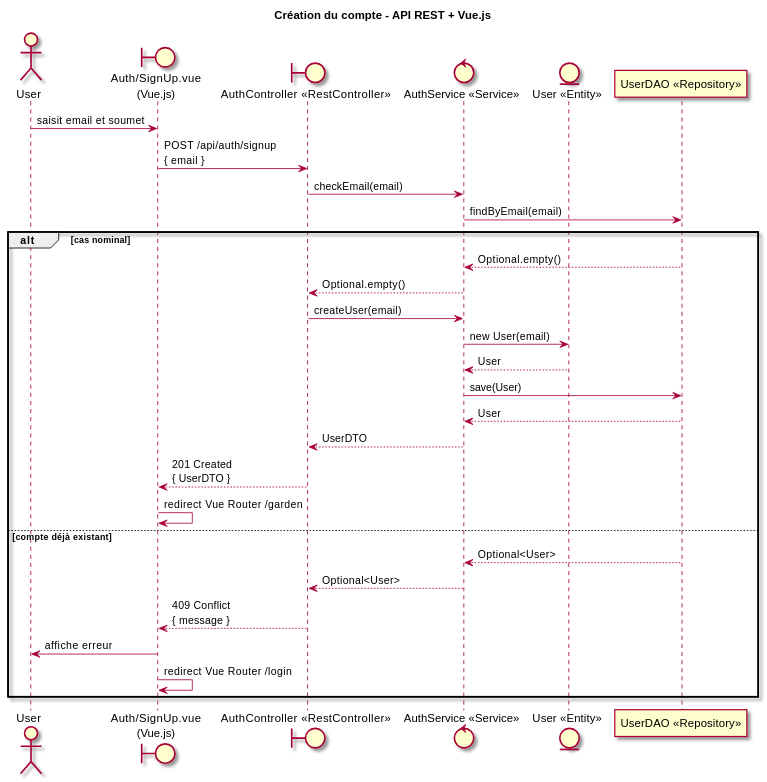
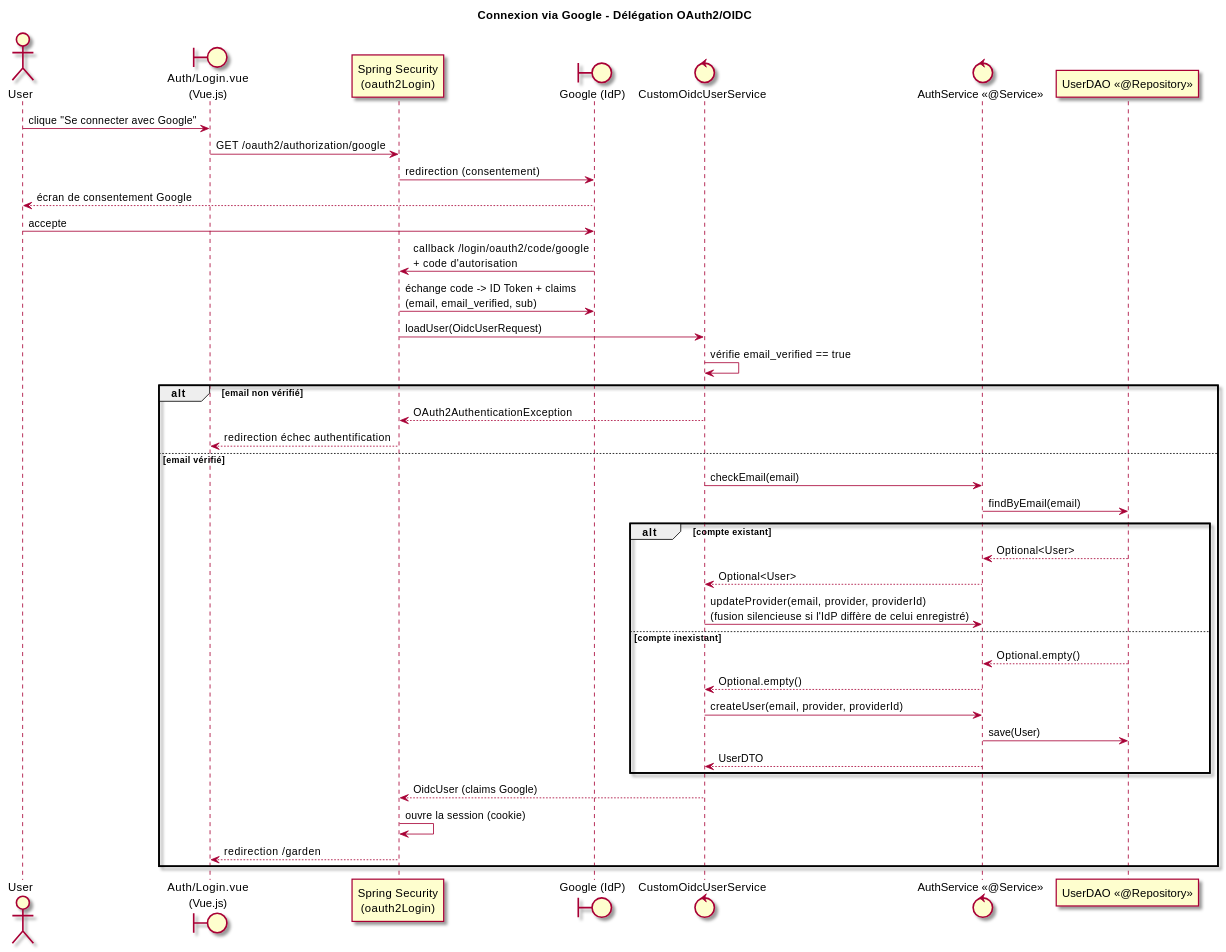
One commit to olivaux/planpotager changed the third of 50 diagrams in specs/03_Conception_V1.0.md. Above: the diagram before and after it, drawn with PlantUML. The commit also changed other lines of this file and 19 other files, not shown here.

```diff
--- a/specs/03_Conception_V1.0.md
+++ b/specs/03_Conception_V1.0.md
@@ -578,42 +585,53 @@
 ~~~plantuml
 @startuml
-title Création du compte - API REST + Vue.js
+title Connexion via Google - Délégation OAuth2/OIDC
 skin rose
 
 actor User as u
-boundary "Auth/SignUp.vue\n(Vue.js)" as vue
-boundary "AuthController <<RestController>>" as ctrl
-control "AuthService <<Service>>" as svc
-entity "User <<Entity>>" as en
-participant "UserDAO <<Repository>>" as repo
+boundary "Auth/Login.vue\n(Vue.js)" as vue
+participant "Spring Security\n(oauth2Login)" as sec
+boundary "Google (IdP)" as google
+control "CustomOidcUserService" as oidc
+control "AuthService <<@Service>>" as svc
+participant "UserDAO <<@Repository>>" as repo
 
+u -> vue : clique "Se connecter avec Google"
+vue -> sec : GET /oauth2/authorization/google
+sec -> google : redirection (consentement)
+google --> u : écran de consentement Google
+u -> google : accepte
+google -> sec : callback /login/oauth2/code/google\n+ code d'autorisation
+sec -> google : échange code -> ID Token + claims\n(email, email_verified, sub)
+sec -> oidc : loadUser(OidcUserRequest)
+oidc -> oidc : vérifie email_verified == true
 
-u -> vue : saisit email et soumet
+alt email non vérifié
+oidc --> sec : OAuth2AuthenticationException
+sec --> vue : redirection échec authentification
 
-vue -> ctrl : POST /api/auth/signup\n{ email }
-ctrl -> svc : checkEmail(email)
+else email vérifié
+oidc -> svc : checkEmail(email)
 svc -> repo : findByEmail(email)
 
-alt cas nominal
+alt compte existant
+repo --> svc : Optional<User>
+svc --> oidc : Optional<User>
+oidc -> svc : updateProvider(email, provider, providerId)\n(fusion silencieuse si l'IdP diffère de celui enregistré)
+
+else compte inexistant
 repo --> svc : Optional.empty()
-svc --> ctrl : Optional.empty()
-ctrl -> svc : createUser(email)
-svc -> en : new User(email)
-return User
+svc --> oidc : Optional.empty()
+oidc -> svc : createUser(email, provider, providerId)
 svc -> repo : save(User)
-return User
-svc --> ctrl : UserDTO
-ctrl --> vue : 201 Created\n{ UserDTO }
-vue -> vue : redirect Vue Router /garden
+svc --> oidc : UserDTO
 
-else compte déjà existant
-repo --> svc : Optional<User>
-svc --> ctrl : Optional<User>
-ctrl --> vue : 409 Conflict\n{ message }
-vue -> u : affiche erreur
-vue -> vue : redirect Vue Router /login
+end
+
+oidc --> sec : OidcUser (claims Google)
+sec -> sec : ouvre la session (cookie)
+sec --> vue : redirection /garden
 
 end
 
 @enduml
 ~~~
```
